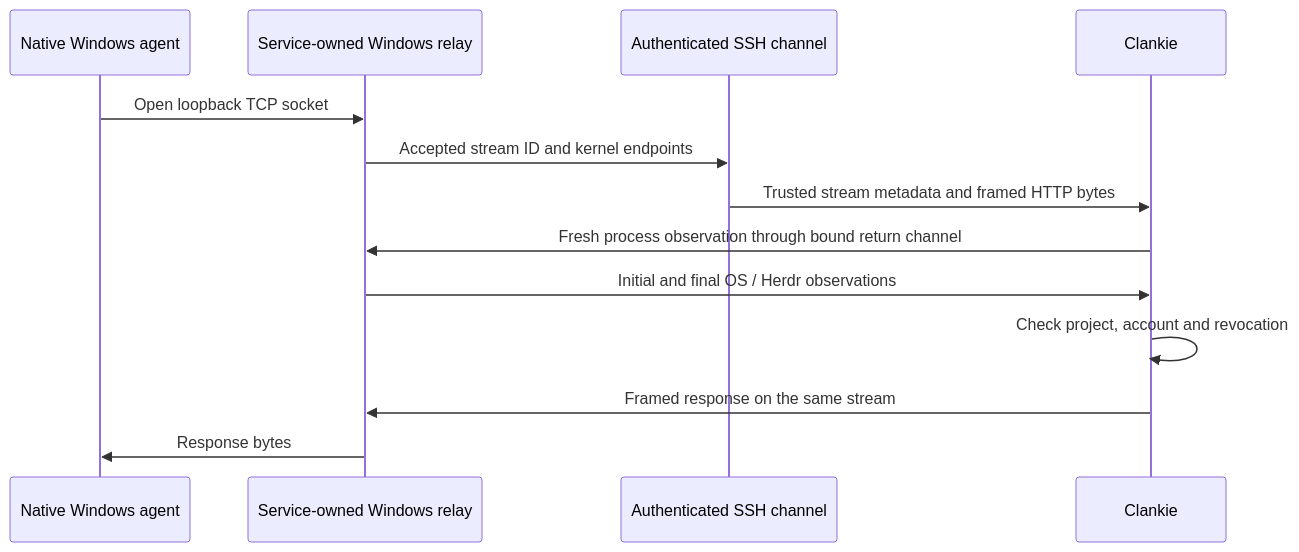
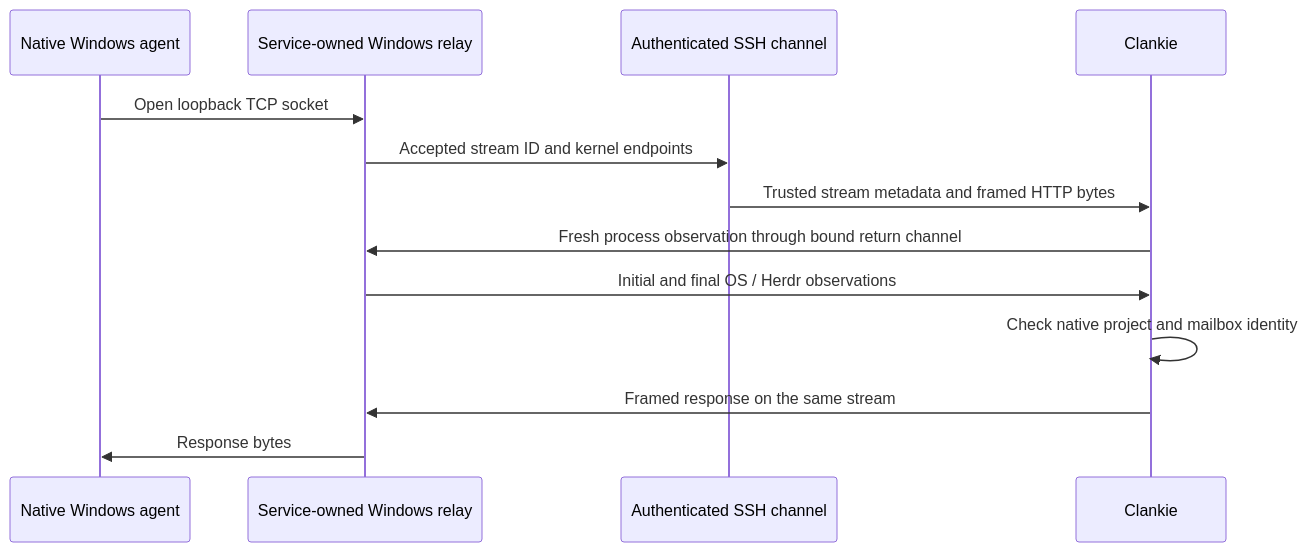
The diagram in docs/remote-process-proof.md (Volpestyle/clankie), drawn with Mermaid before and after one commit. The commit also changed other lines of this file and 33 other files, not shown here.

````diff
--- a/docs/remote-process-proof.md
+++ b/docs/remote-process-proof.md
@@ -29,15 +30,15 @@
 ```mermaid
 sequenceDiagram
   participant Agent as Native Windows agent
   participant Relay as Service-owned Windows relay
   participant SSH as Authenticated SSH channel
   participant Service as Clankie
   Agent->>Relay: Open loopback TCP socket
   Relay->>SSH: Accepted stream ID and kernel endpoints
   SSH->>Service: Trusted stream metadata and framed HTTP bytes
   Service->>Relay: Fresh process observation through bound return channel
   Relay->>Service: Initial and final OS / Herdr observations
-  Service->>Service: Check project, account and revocation
+  Service->>Service: Check native project and mailbox identity
   Service->>Relay: Framed response on the same stream
   Relay->>Agent: Response bytes
 ```
````
